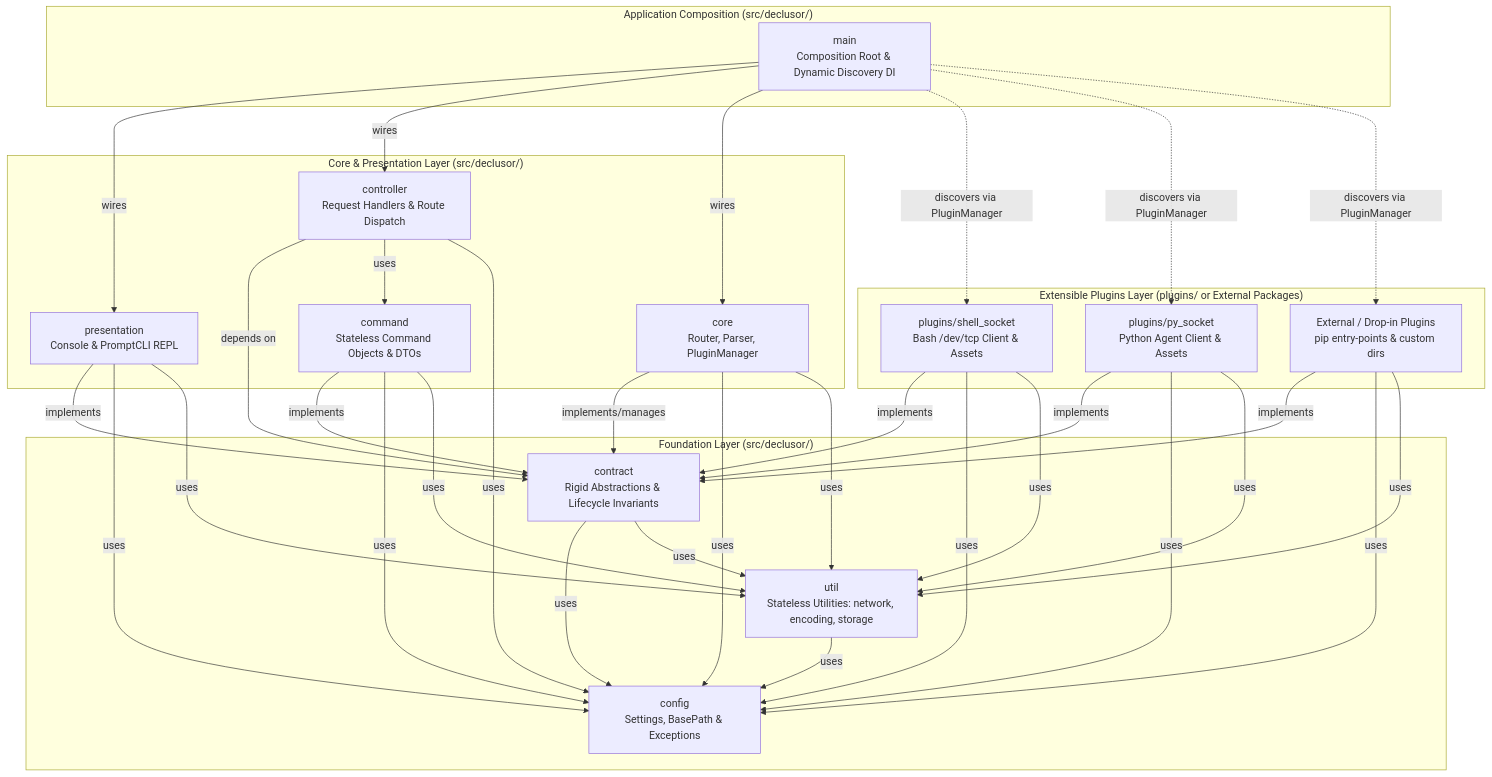
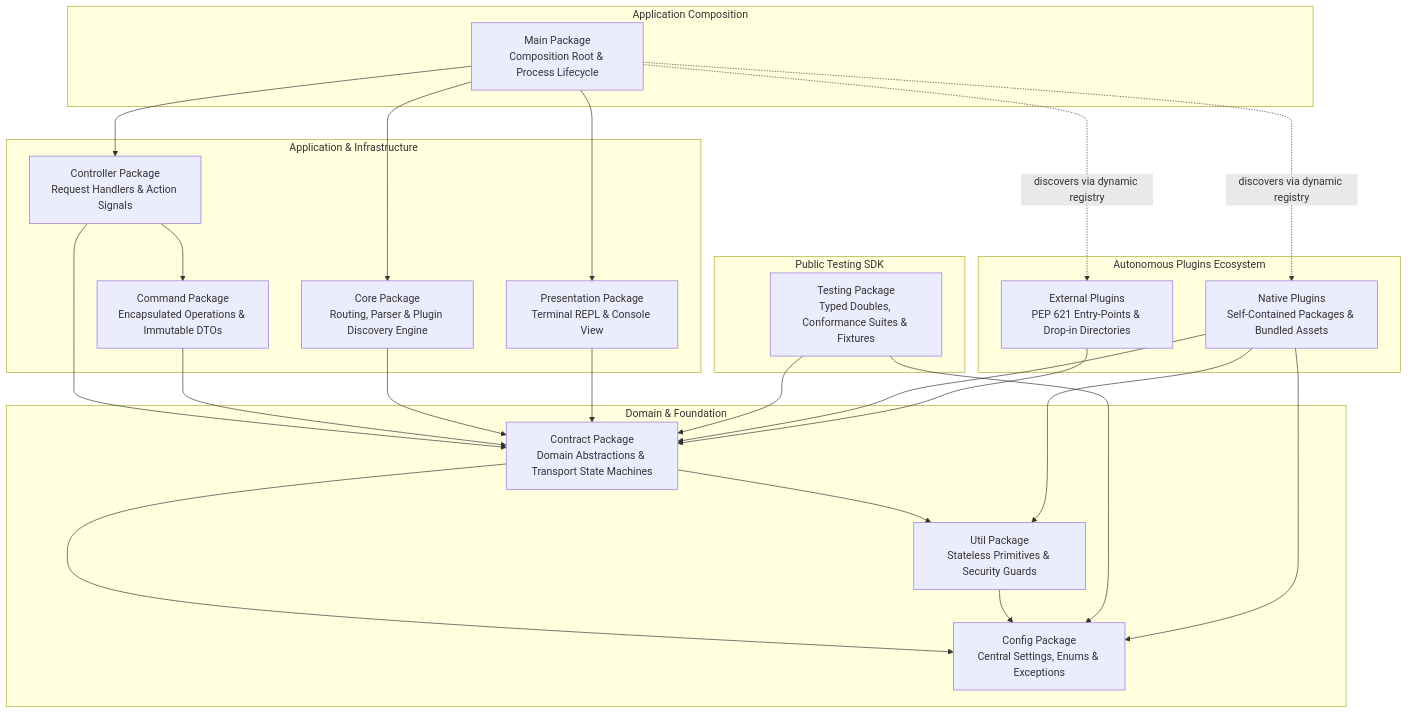
One commit to othon-hugo/declusor changed the first of 2 diagrams in ARCHITECTURE.md. Above: the diagram before and after it, drawn with Mermaid. The commit also changed other lines of this file and 83 other files, not shown here.

First line of the commit message:
refactor(core): decouple composition root and establish PluginFilesystem asset resolution

````diff
--- a/ARCHITECTURE.md
+++ b/ARCHITECTURE.md
@@ -29,66 +39,59 @@
 ```mermaid
 graph TB
-    subgraph "Foundation Layer (src/declusor/)"
-        CONFIG[config<br/>Settings, BasePath & Exceptions]
-        UTIL[util<br/>Stateless Utilities: network, encoding, storage]
-        CONTRACT[contract<br/>Rigid Abstractions & Lifecycle Invariants]
+    subgraph "Application Composition"
+        MAIN[Main Package<br/>Composition Root & Process Lifecycle]
     end
 
-    subgraph "Core & Presentation Layer (src/declusor/)"
-        CORE[core<br/>Router, Parser, PluginManager]
-        PRESENTATION[presentation<br/>Console & PromptCLI REPL]
-        COMMAND[command<br/>Stateless Command Objects & DTOs]
-        CONTROLLER[controller<br/>Request Handlers & Route Dispatch]
+    subgraph "Application & Infrastructure"
+        CONTROLLER[Controller Package<br/>Request Handlers & Action Signals]
+        COMMAND[Command Package<br/>Encapsulated Operations & Immutable DTOs]
+        CORE[Core Package<br/>Routing, Parser & Plugin Discovery Engine]
+        PRESENTATION[Presentation Package<br/>Terminal REPL & Console View]
     end
 
-    subgraph "Application Composition (src/declusor/)"
-        MAIN[main<br/>Composition Root & Dynamic Discovery DI]
+    subgraph "Domain & Foundation"
+        CONTRACT[Contract Package<br/>Domain Abstractions & Transport State Machines]
+        UTIL[Util Package<br/>Stateless Primitives & Security Guards]
+        CONFIG[Config Package<br/>Central Settings, Enums & Exceptions]
     end
 
-    subgraph "Extensible Plugins Layer (plugins/ or External Packages)"
-        SHELL[plugins/shell_socket<br/>Bash /dev/tcp Client & Assets]
-        PYTHON[plugins/py_socket<br/>Python Agent Client & Assets]
-        EXTERNAL[External / Drop-in Plugins<br/>pip entry-points & custom dirs]
+    subgraph "Public Testing SDK"
+        TESTING[Testing Package<br/>Typed Doubles, Conformance Suites & Fixtures]
     end
 
-    %% Dependencies
-    UTIL -->|uses| CONFIG
-    CONTRACT -->|uses| CONFIG
-    CONTRACT -->|uses| UTIL
+    subgraph "Autonomous Plugins Ecosystem"
+        NATIVE_PLUGINS[Native Plugins<br/>Self-Contained Packages & Bundled Assets]
+        EXTERNAL_PLUGINS[External Plugins<br/>PEP 621 Entry-Points & Drop-in Directories]
+    end
 
-    CORE -->|implements/manages| CONTRACT
-    CORE -->|uses| CONFIG
-    CORE -->|uses| UTIL
+    %% Dependency Flows
+    MAIN --> CORE
+    MAIN --> CONTROLLER
+    MAIN --> PRESENTATION
 
-    PRESENTATION -->|implements| CONTRACT
-    PRESENTATION -->|uses| CONFIG
-    PRESENTATION -->|uses| UTIL
+    CONTROLLER --> COMMAND
+    CONTROLLER --> CONTRACT
 
-    COMMAND -->|implements| CONTRACT
-    COMMAND -->|uses| CONFIG
-    COMMAND -->|uses| UTIL
+    COMMAND --> CONTRACT
 
-    CONTROLLER -->|depends on| CONTRACT
-    CONTROLLER -->|uses| COMMAND
-    CONTROLLER -->|uses| CONFIG
+    CORE --> CONTRACT
 
-    MAIN -->|wires| PRESENTATION
-    MAIN -->|wires| CONTROLLER
-    MAIN -->|wires| CORE
+    PRESENTATION --> CONTRACT
 
-    SHELL -->|implements| CONTRACT
-    SHELL -->|uses| CONFIG
-    SHELL -->|uses| UTIL
+    CONTRACT --> UTIL
+    CONTRACT --> CONFIG
 
-    PYTHON -->|implements| CONTRACT
-    PYTHON -->|uses| CONFIG
-    PYTHON -->|uses| UTIL
+    UTIL --> CONFIG
 
-    EXTERNAL -->|implements| CONTRACT
-    EXTERNAL -->|uses| CONFIG
-    EXTERNAL -->|uses| UTIL
+    TESTING --> CONTRACT
+    TESTING --> CONFIG
 
-    MAIN -.->|discovers via PluginManager| SHELL
-    MAIN -.->|discovers via PluginManager| PYTHON
-    MAIN -.->|discovers via PluginManager| EXTERNAL
+    NATIVE_PLUGINS --> CONTRACT
+    NATIVE_PLUGINS --> CONFIG
+    NATIVE_PLUGINS --> UTIL
+
+    EXTERNAL_PLUGINS --> CONTRACT
+
+    MAIN -.->|discovers via dynamic registry| NATIVE_PLUGINS
+    MAIN -.->|discovers via dynamic registry| EXTERNAL_PLUGINS
 ```
````
